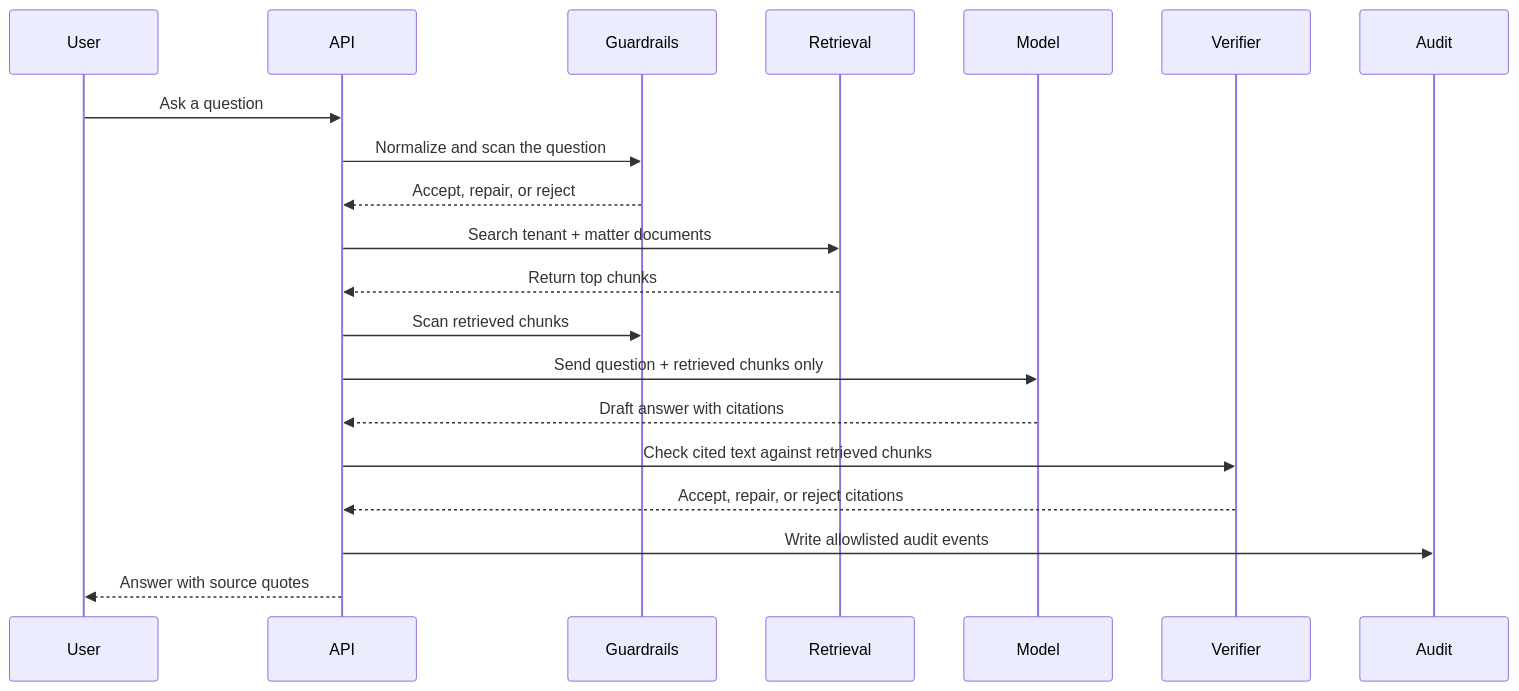
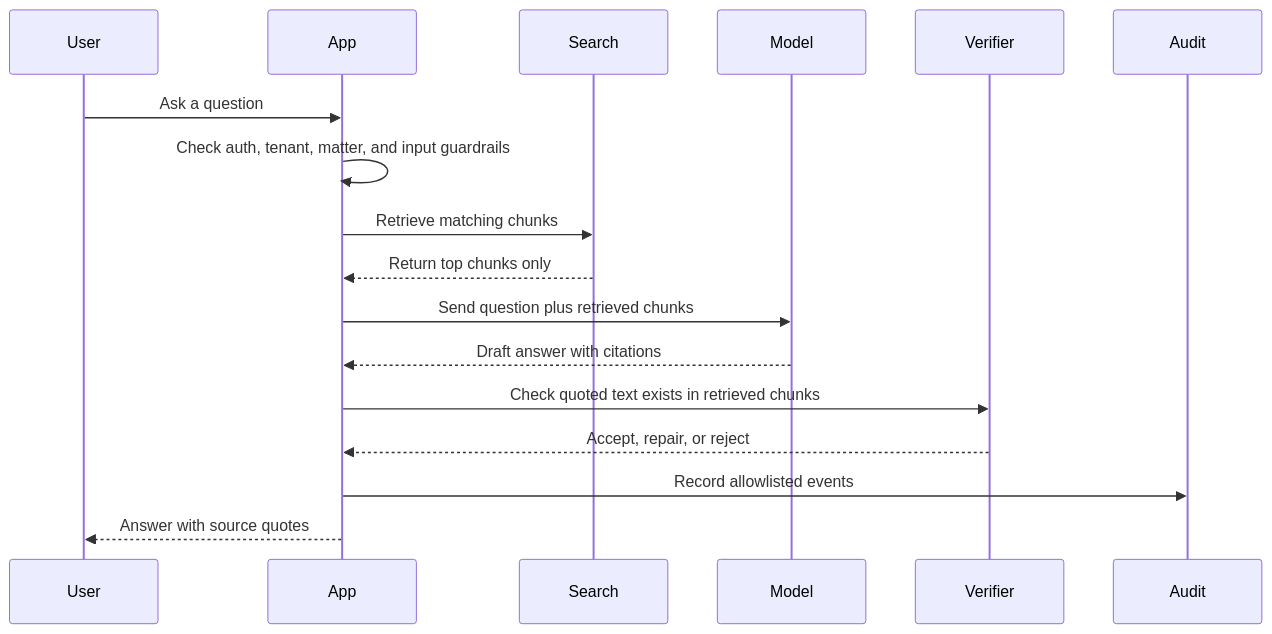
One commit to sgaabdu4/cite-or-die changed the third of 4 diagrams in README.md. Above: the diagram before and after it, drawn with Mermaid. The commit also changed other lines of this file and 15 other files, not shown here.

````diff
--- a/README.md
+++ b/README.md
@@ -134,23 +199,20 @@
 ```mermaid
 sequenceDiagram
   participant User
-  participant API
-  participant Guardrails
-  participant Retrieval
+  participant App
+  participant Search
   participant Model
   participant Verifier
   participant Audit
 
-  User->>API: Ask a question
-  API->>Guardrails: Normalize and scan the question
-  Guardrails-->>API: Accept, repair, or reject
-  API->>Retrieval: Search tenant + matter documents
-  Retrieval-->>API: Return top chunks
-  API->>Guardrails: Scan retrieved chunks
-  API->>Model: Send question + retrieved chunks only
-  Model-->>API: Draft answer with citations
-  API->>Verifier: Check cited text against retrieved chunks
-  Verifier-->>API: Accept, repair, or reject citations
-  API->>Audit: Write allowlisted audit events
-  API-->>User: Answer with source quotes
+  User->>App: Ask a question
+  App->>App: Check auth, tenant, matter, and input guardrails
+  App->>Search: Retrieve matching chunks
+  Search-->>App: Return top chunks only
+  App->>Model: Send question plus retrieved chunks
+  Model-->>App: Draft answer with citations
+  App->>Verifier: Check quoted text exists in retrieved chunks
+  Verifier-->>App: Accept, repair, or reject
+  App->>Audit: Record allowlisted events
+  App-->>User: Answer with source quotes
 ```
````
